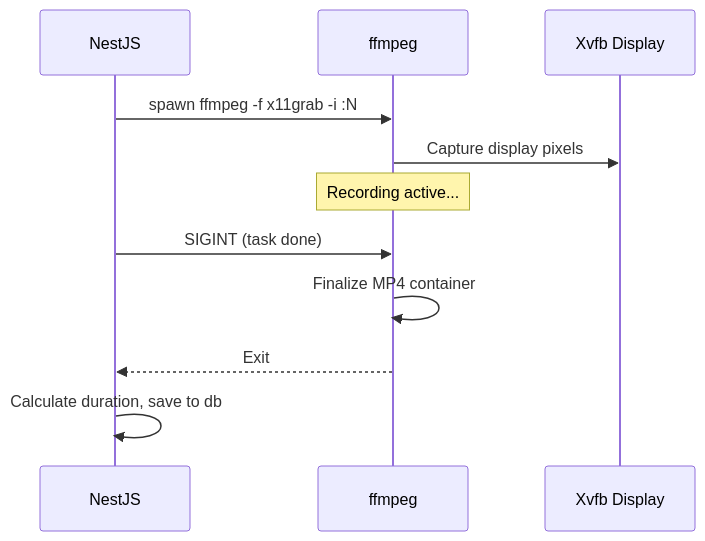
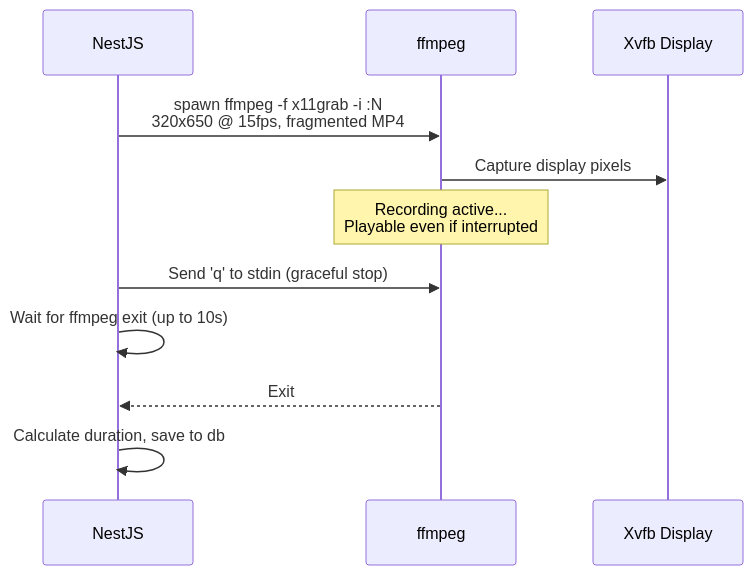
The second of 2 diagrams in docs/api/recordings.md (mhd12e/MAS), drawn with Mermaid before and after one commit. The commit also changed other lines of this file and 3 other files, not shown here.

````diff
--- a/docs/api/recordings.md
+++ b/docs/api/recordings.md
@@ -25,16 +25,16 @@
 ```mermaid
 sequenceDiagram
     participant N as NestJS
     participant FF as ffmpeg
     participant X as Xvfb Display
 
-    N->>FF: spawn ffmpeg -f x11grab -i :N
+    N->>FF: spawn ffmpeg -f x11grab -i :N<br/>320x650 @ 15fps, fragmented MP4
     FF->>X: Capture display pixels
 
-    Note over FF: Recording active...
+    Note over FF: Recording active...<br/>Playable even if interrupted
 
-    N->>FF: SIGINT (task done)
-    FF->>FF: Finalize MP4 container
+    N->>FF: Send 'q' to stdin (graceful stop)
+    N->>N: Wait for ffmpeg exit (up to 10s)
     FF-->>N: Exit
     N->>N: Calculate duration, save to db
 ```
````
